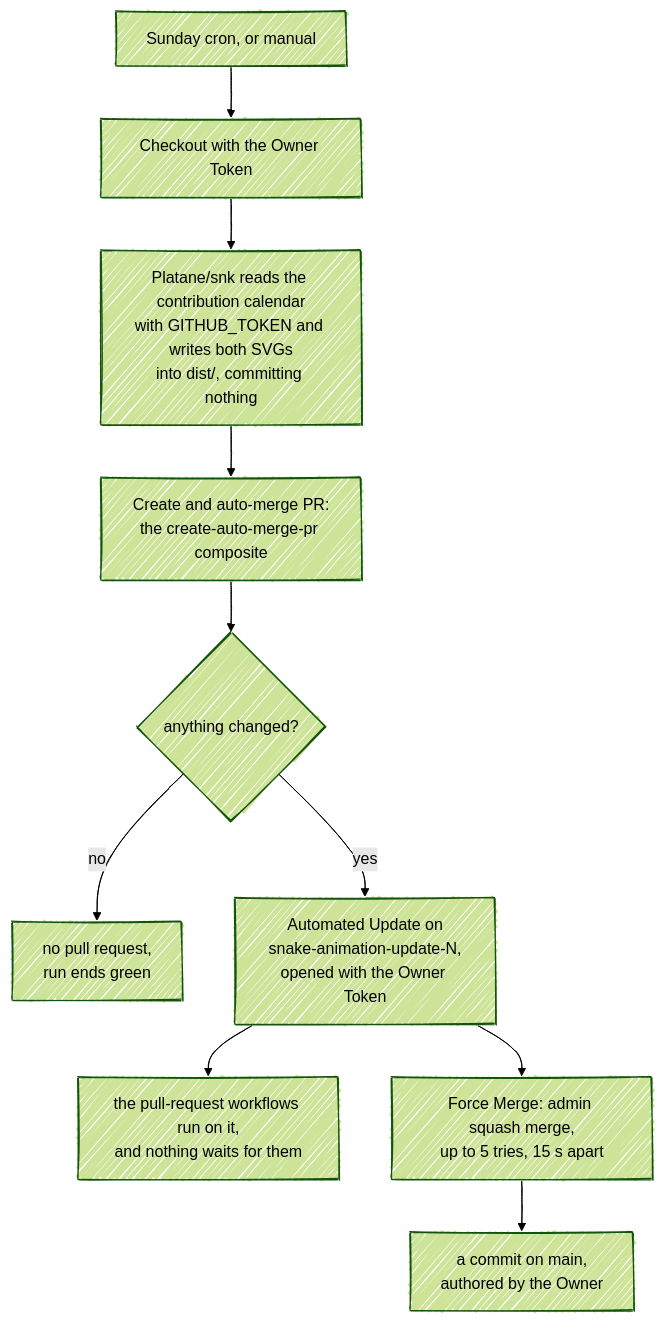
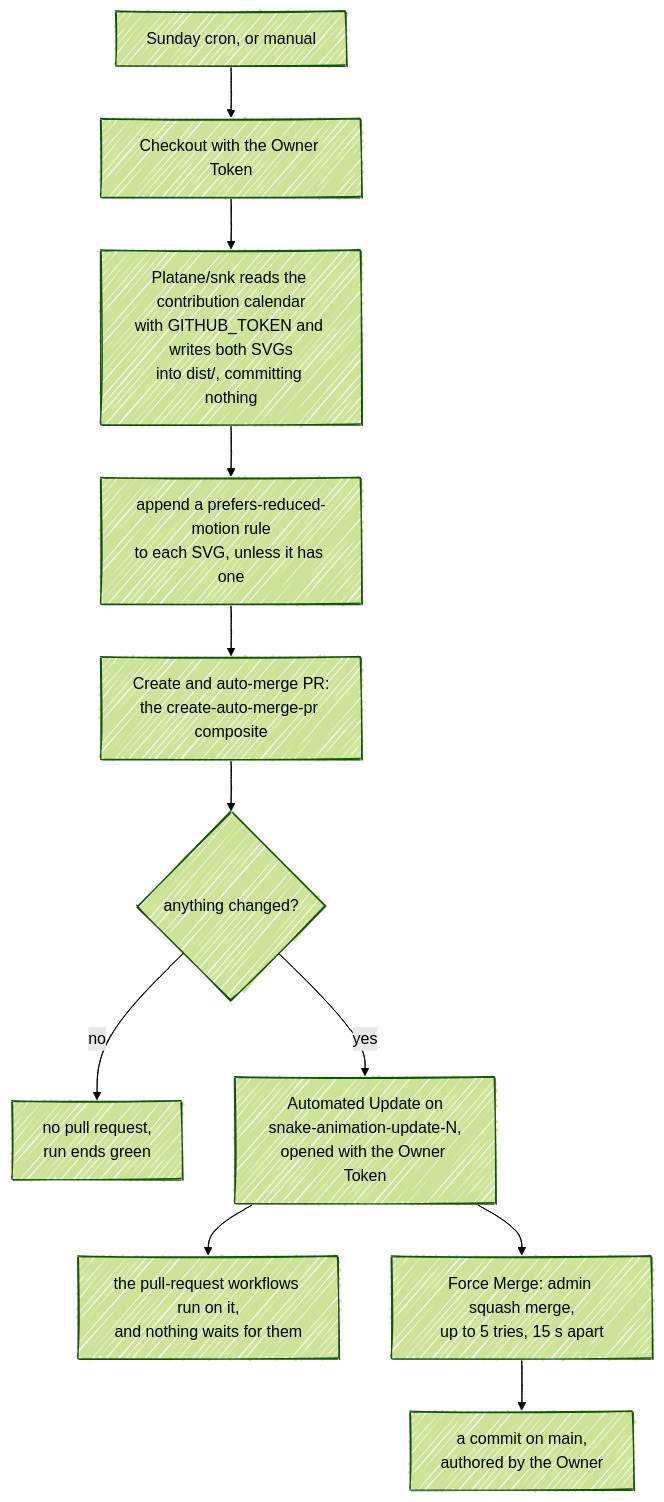
Before and after one commit to fbuireu/fbuireu: the fifth of 10 diagrams in ARCHITECTURE.md, drawn with Mermaid (forest theme). The commit also changed other lines of this file and 13 other files, not shown here.

````diff
--- a/ARCHITECTURE.md
+++ b/ARCHITECTURE.md
@@ -234,17 +240,18 @@
 ```mermaid
 ---
 config:
   look: handDrawn
   layout: dagre
 ---
 flowchart TD
     cron["Sunday cron, or manual"] --> checkout["Checkout with the Owner Token"]
     checkout --> snk["Platane/snk reads the contribution calendar<br/>with GITHUB_TOKEN and writes both SVGs<br/>into dist/, committing nothing"]
-    snk --> composite["Create and auto-merge PR:<br/>the create-auto-merge-pr composite"]
+    snk --> motion["append a prefers-reduced-motion rule<br/>to each SVG, unless it has one"]
+    motion --> composite["Create and auto-merge PR:<br/>the create-auto-merge-pr composite"]
     composite --> diff{"anything changed?"}
     diff -->|no| none["no pull request,<br/>run ends green"]
     diff -->|yes| pr["Automated Update on<br/>snake-animation-update-N,<br/>opened with the Owner Token"]
     pr --> checks["the pull-request workflows run on it,<br/>and nothing waits for them"]
     pr --> merge["Force Merge: admin squash merge,<br/>up to 5 tries, 15 s apart"]
     merge --> main["a commit on main,<br/>authored by the Owner"]
 ```
````
